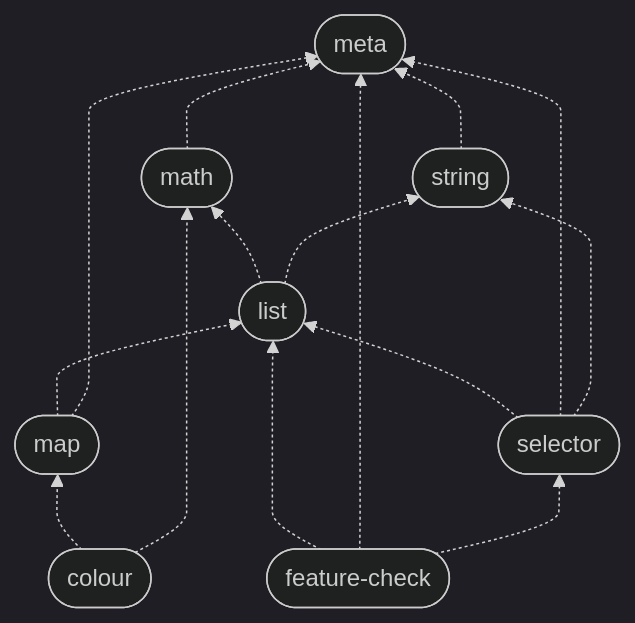
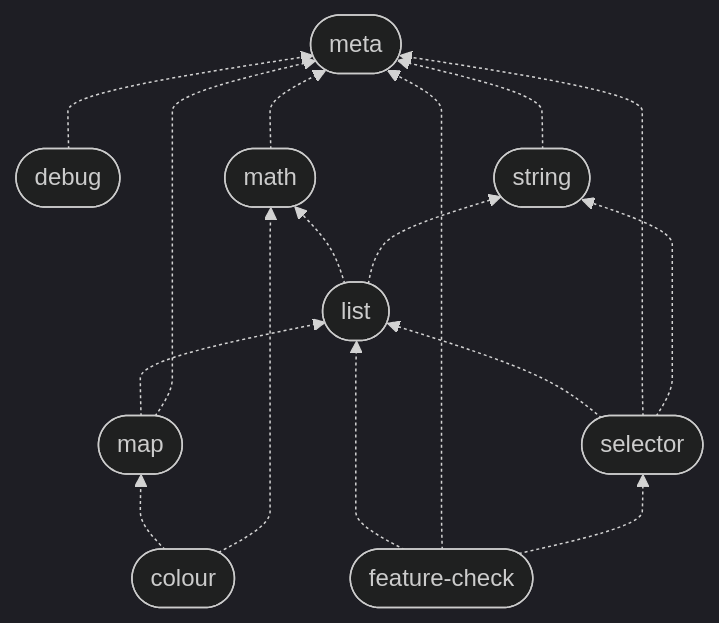
One commit to maddimathon/utility-sass changed the diagram in src/scss/modules/dependencies.mmd. Above: the diagram before and after it, drawn with Mermaid (dark theme). The commit also changed 103 other files, not shown here.

```diff
--- a/src/scss/modules/dependencies.mmd
+++ b/src/scss/modules/dependencies.mmd
@@ -1,23 +1,25 @@
 ---
 config:
   flowchart:
     curve: monotoneY
 ---
 flowchart BT
 	Colour([colour])
+	Debug([debug])
 	FeatureCheck([feature-check])
 	List([list])
 	Map([map])
 	Math([math])
 	Meta([meta])
 	Selector([selector])
 	String([string])
 
     %% from dependents to their dependencies
+    Debug -.-> Meta
     String -.-> Meta
     Math -.-> Meta
     List -.-> Math & String
     Map -.-> List & Meta
     Colour -.-> Map & Math
     Selector -.-> List & Meta & String
     FeatureCheck -.-> List & Meta & Selector
```
